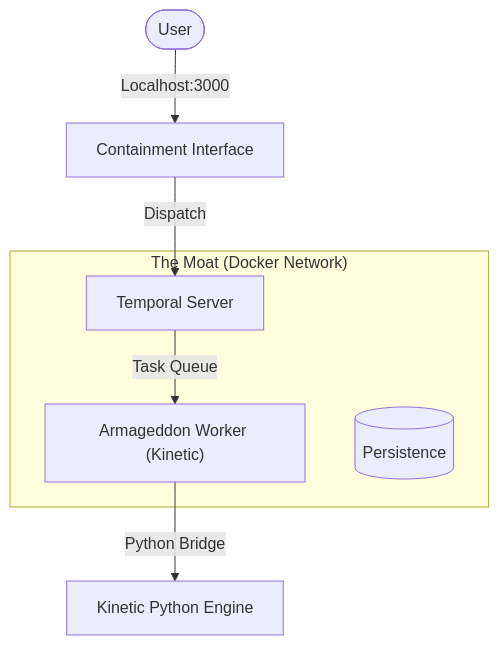
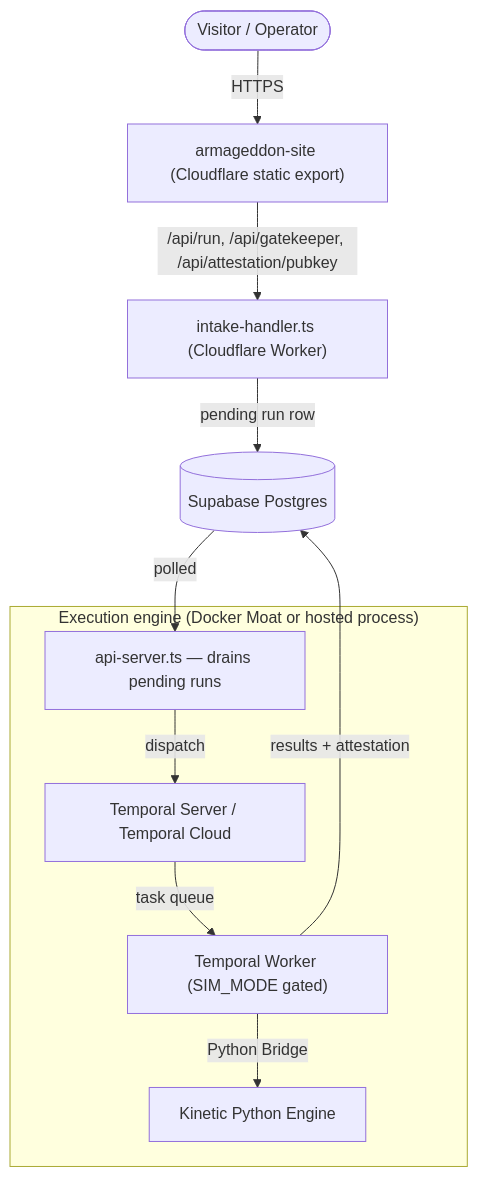
The diagram in README.md (apexbusiness-systems/Armageddon-Core), drawn with Mermaid before and after one commit. The commit also changed other lines of this file and 64 other files, not shown here.

First line of the commit message:
docs: sync README with shipped architecture + log onboarding→certification E2E validation (#206)

````diff
--- a/README.md
+++ b/README.md
@@ -34,14 +35,19 @@
 ```mermaid
 graph TD
-    User(["User"]) -->|"Localhost:3000"| UI["Containment Interface"]
+    Visitor(["Visitor / Operator"]) -->|"HTTPS"| Site["armageddon-site (Cloudflare static export)"]
+    Site -->|"/api/run, /api/gatekeeper, /api/attestation/pubkey"| EdgeWorker["intake-handler.ts (Cloudflare Worker)"]
+    EdgeWorker -->|"pending run row"| Supabase[("Supabase Postgres")]
 
-    subgraph "The Moat (Docker Network)"
-        Worker["Armageddon Worker (Kinetic)"]
-        Temporal["Temporal Server"]
-        Postgres[("Persistence")]
+    subgraph "Execution engine (Docker Moat or hosted process)"
+        ApiServer["api-server.ts — drains pending runs"]
+        Worker["Temporal Worker (SIM_MODE gated)"]
+        Temporal["Temporal Server / Temporal Cloud"]
+        Kinetic["Kinetic Python Engine"]
     end
 
-    UI -->|"Dispatch"| Temporal
-    Temporal -->|"Task Queue"| Worker
-    Worker -->|"Python Bridge"| Kinetic["Kinetic Python Engine"]
+    Supabase -->|"polled"| ApiServer
+    ApiServer -->|"dispatch"| Temporal
+    Temporal -->|"task queue"| Worker
+    Worker -->|"Python Bridge"| Kinetic
+    Worker -->|"results + attestation"| Supabase
 ```
````
